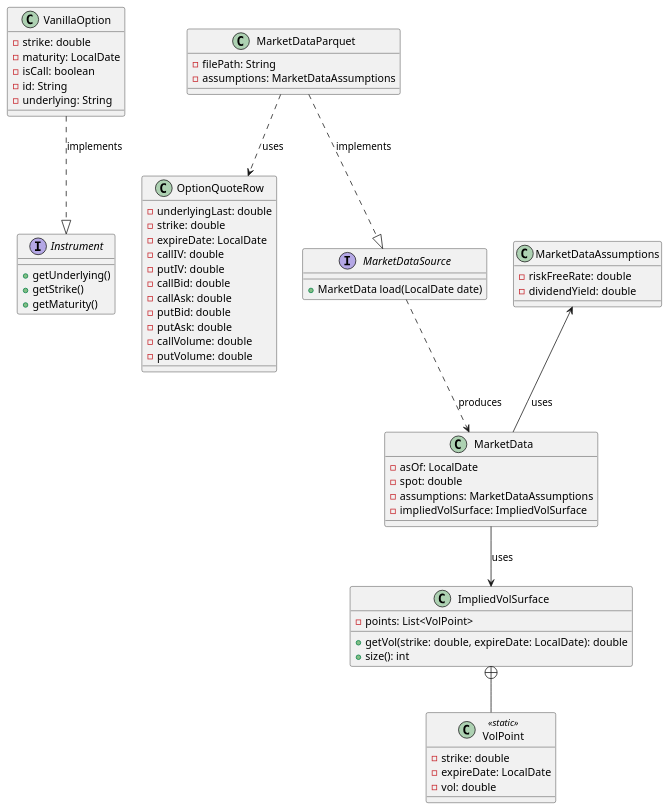
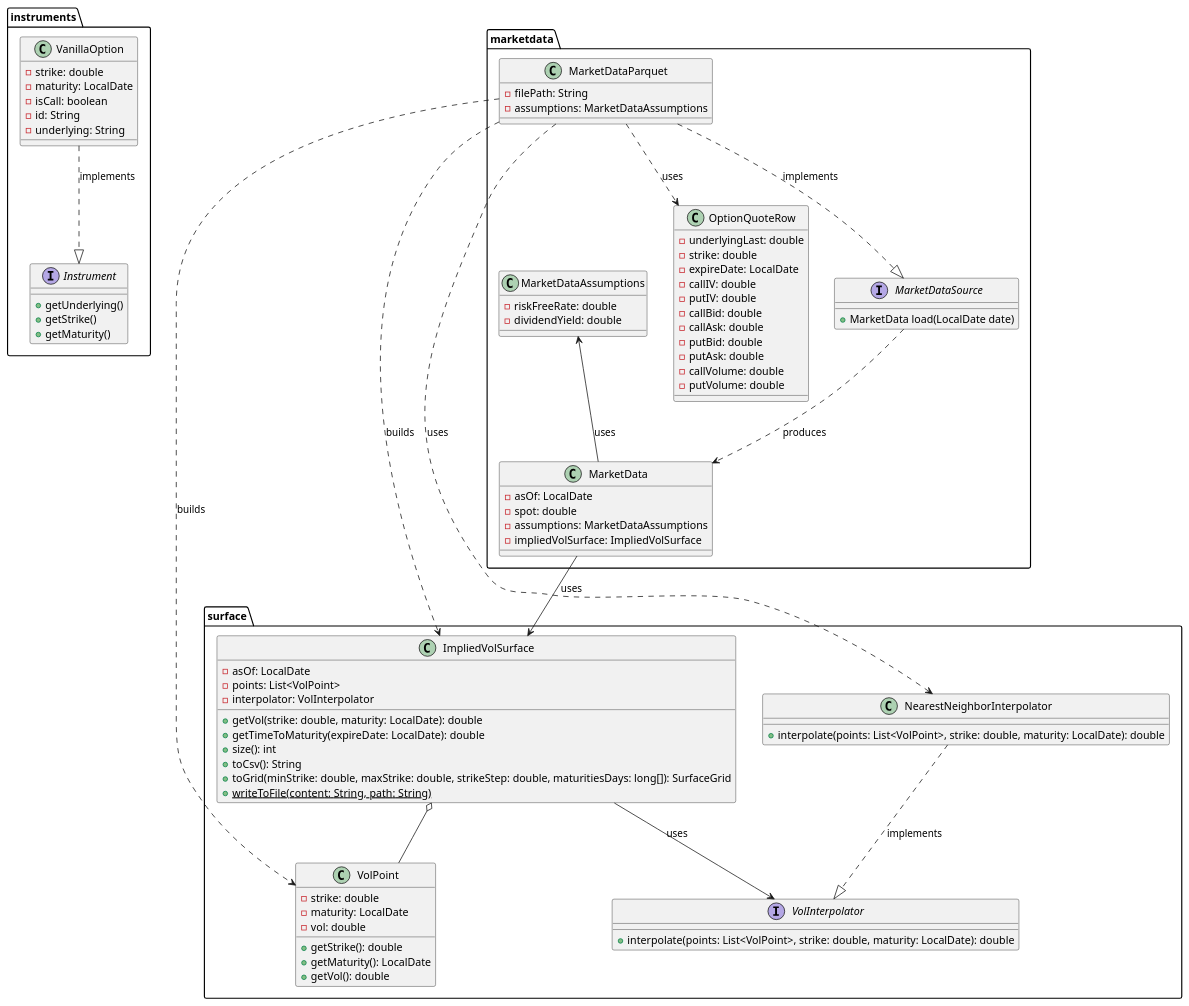
One commit to RayaneTroudi/EQD_FLOW_JAVA changed the diagram in backend/docs/archi.puml. Above: the diagram before and after it, drawn with PlantUML.

Commit message:
Update archi.puml to reflect surface package separation
Claude-Session: https://claude.ai/code/session_0198Dy14828HAc3Mt3g7jEZW

```diff
--- a/backend/docs/archi.puml
+++ b/backend/docs/archi.puml
@@ -1,70 +1,101 @@
 @startuml ARCHI
-interface Instrument {
-  +getUnderlying()
-  +getStrike()
-  +getMaturity()
+package "instruments" {
+  interface Instrument {
+    +getUnderlying()
+    +getStrike()
+    +getMaturity()
+  }
+
+  class VanillaOption {
+    -strike: double
+    -maturity: LocalDate
+    -isCall: boolean
+    -id: String
+    -underlying: String
+  }
+
+  VanillaOption ..|> Instrument : implements
 }
 
-class VanillaOption {
-  -strike: double
-  -maturity: LocalDate
-  -isCall: boolean
-  -id: String
-  -underlying: String
+package "marketdata" {
+  class OptionQuoteRow {
+    -underlyingLast: double
+    -strike: double
+    -expireDate: LocalDate
+    -callIV: double
+    -putIV: double
+    -callBid: double
+    -callAsk: double
+    -putBid: double
+    -putAsk: double
+    -callVolume: double
+    -putVolume: double
+  }
+
+  class MarketData {
+    -asOf: LocalDate
+    -spot: double
+    -assumptions: MarketDataAssumptions
+    -impliedVolSurface: ImpliedVolSurface
+  }
+
+  interface MarketDataSource {
+    +MarketData load(LocalDate date)
+  }
+
+  class MarketDataParquet {
+    -filePath: String
+    -assumptions: MarketDataAssumptions
+  }
+
+  class MarketDataAssumptions {
+    -riskFreeRate: double
+    -dividendYield: double
+  }
+
+  MarketDataParquet ..> OptionQuoteRow : uses
+  MarketDataSource ..> MarketData : produces
+  MarketDataAssumptions <-- MarketData : uses
+  MarketDataParquet ..|> MarketDataSource : implements
 }
 
-class OptionQuoteRow {
-  -underlyingLast: double
-  -strike: double
-  -expireDate: LocalDate
-  -callIV: double
-  -putIV: double
-  -callBid: double
-  -callAsk: double
-  -putBid: double
-  -putAsk: double
-  -callVolume: double
-  -putVolume: double
+package "surface" {
+  class VolPoint {
+    -strike: double
+    -maturity: LocalDate
+    -vol: double
+    +getStrike(): double
+    +getMaturity(): LocalDate
+    +getVol(): double
+  }
+
+  interface VolInterpolator {
+    +interpolate(points: List<VolPoint>, strike: double, maturity: LocalDate): double
+  }
+
+  class NearestNeighborInterpolator {
+    +interpolate(points: List<VolPoint>, strike: double, maturity: LocalDate): double
+  }
+
+  class ImpliedVolSurface {
+    -asOf: LocalDate
+    -points: List<VolPoint>
+    -interpolator: VolInterpolator
+    +getVol(strike: double, maturity: LocalDate): double
+    +getTimeToMaturity(expireDate: LocalDate): double
+    +size(): int
+    +toCsv(): String
+    +toGrid(minStrike: double, maxStrike: double, strikeStep: double, maturitiesDays: long[]): SurfaceGrid
+    +{static} writeToFile(content: String, path: String)
+  }
+
+  ImpliedVolSurface o-- VolPoint
+  ImpliedVolSurface --> VolInterpolator : uses
+  NearestNeighborInterpolator ..|> VolInterpolator : implements
 }
 
-class MarketData {
-  -asOf: LocalDate
-  -spot: double
-  -assumptions: MarketDataAssumptions
-  -impliedVolSurface: ImpliedVolSurface
-}
-
-interface MarketDataSource {
-  +MarketData load(LocalDate date)
-}
-
-class MarketDataParquet {
-  -filePath: String
-  -assumptions: MarketDataAssumptions
-}
-
-class MarketDataAssumptions {
-  -riskFreeRate: double
-  -dividendYield: double
-}
-
-class ImpliedVolSurface {
-  -points: List<VolPoint>
-  +getVol(strike: double, expireDate: LocalDate): double
-  +size(): int
-}
-
-class VolPoint <<static>> {
-  -strike: double
-  -expireDate: LocalDate
-  -vol: double
-}
-
-ImpliedVolSurface +-- VolPoint
-MarketDataParquet ..> OptionQuoteRow : uses
-VanillaOption ..|> Instrument : implements
-MarketDataSource ..> MarketData : produces
-MarketDataAssumptions <-- MarketData : uses
-MarketDataParquet ..|> MarketDataSource : implements
 MarketData --> ImpliedVolSurface : uses
+MarketDataParquet ..> ImpliedVolSurface : builds
+MarketDataParquet ..> VolPoint : builds
+MarketDataParquet ..> NearestNeighborInterpolator : uses
 @enduml
```
